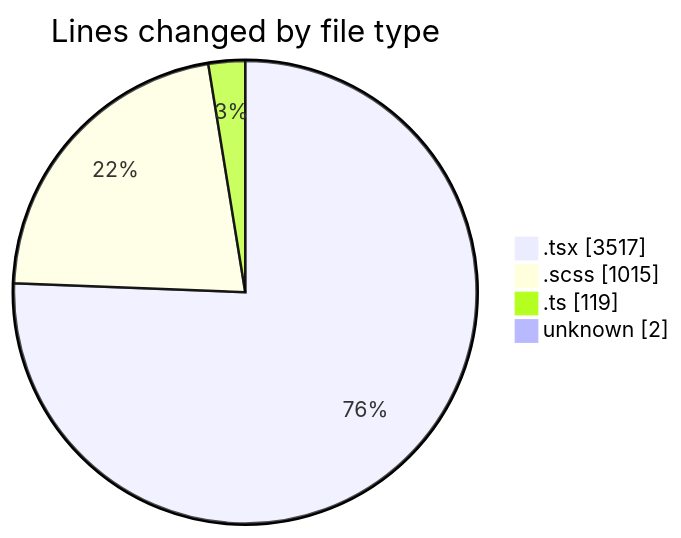
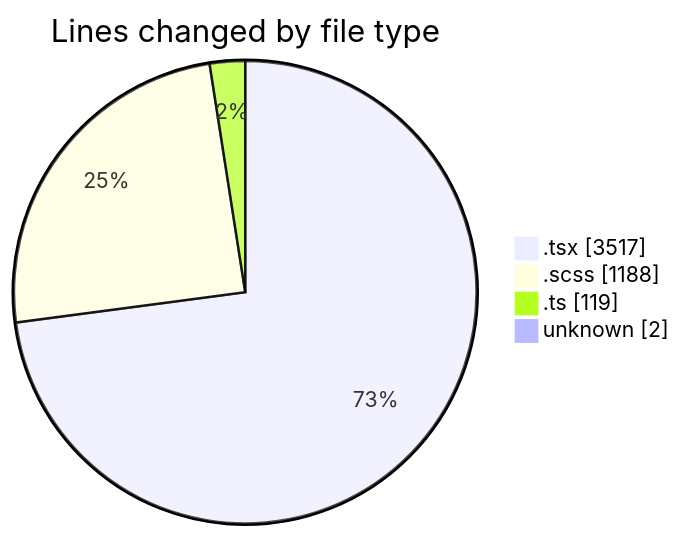
The first of 2 diagrams in 2025-06-13/cda/README.md (momahboobian/code-tracking), drawn with Mermaid before and after one commit. The commit also changed other lines of this file and 1 other file, not shown here.

````diff
--- a/2025-06-13/cda/README.md
+++ b/2025-06-13/cda/README.md
@@ -38,8 +39,8 @@
 ```mermaid
 pie showData
 title Lines changed by file type
 ".tsx" : 3517
-".scss" : 1015
+".scss" : 1188
 ".ts" : 119
 "unknown" : 2
 ```
````
